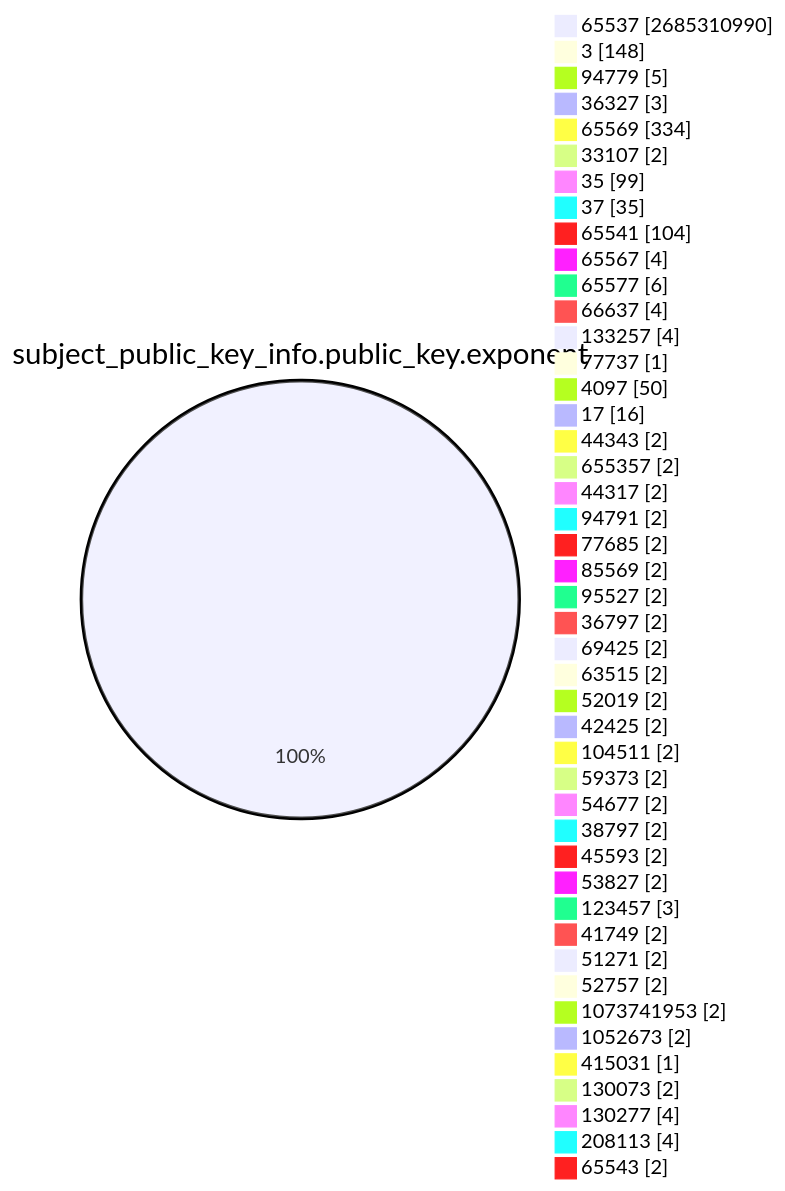
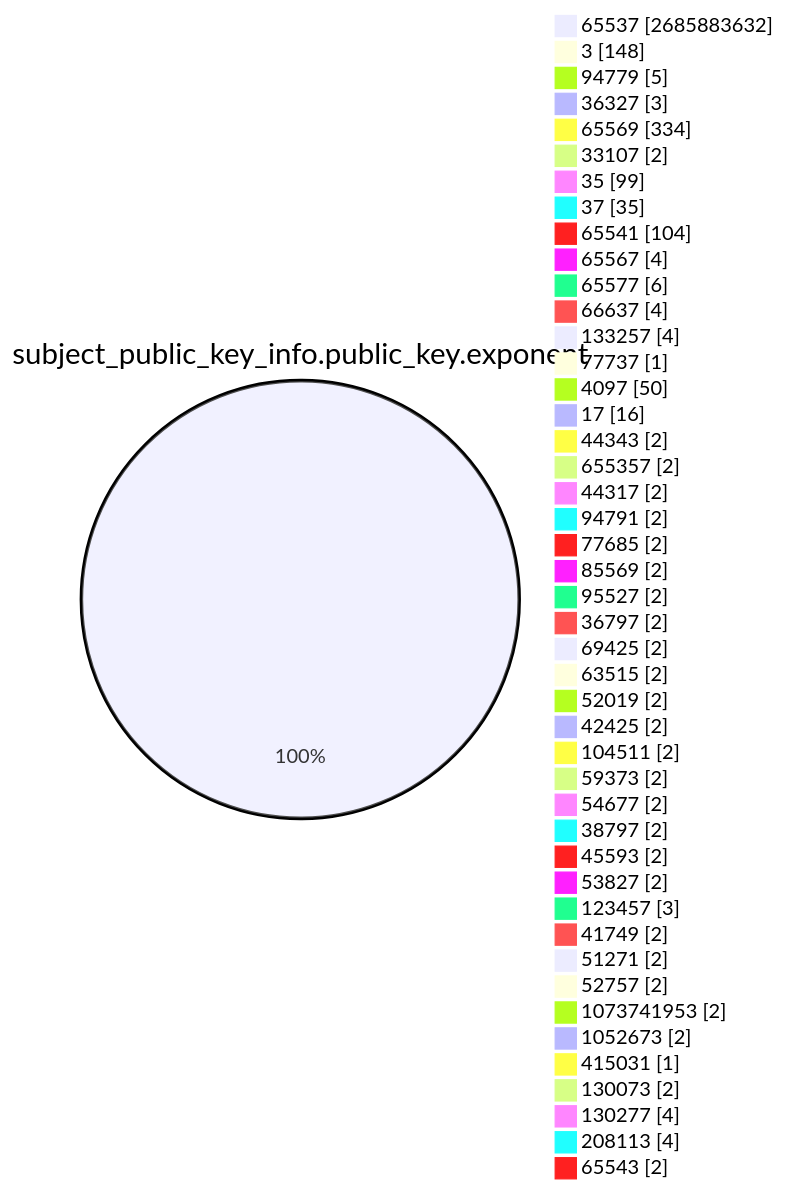
Before and after one commit to christiankrug/ctmonitor_visualization: the fourth of 15 diagrams in TOTAL/README.md, drawn with Mermaid. The commit also changed other lines of this file, not shown here.

````diff
--- a/TOTAL/README.md
+++ b/TOTAL/README.md
@@ -1467,49 +1467,49 @@
 ```mermaid
 pie showData
 title subject_public_key_info.public_key.exponent
-"65537" :2685310990
+"65537" :2685883632
 "3" :148
 "94779" :5
 "36327" :3
 "65569" :334
 "33107" :2
 "35" :99
 "37" :35
 "65541" :104
 "65567" :4
 "65577" :6
 "66637" :4
 "133257" :4
 "77737" :1
 "4097" :50
 "17" :16
 "44343" :2
 "655357" :2
 "44317" :2
 "94791" :2
 "77685" :2
 "85569" :2
 "95527" :2
 "36797" :2
 "69425" :2
 "63515" :2
 "52019" :2
 "42425" :2
 "104511" :2
 "59373" :2
 "54677" :2
 "38797" :2
 "45593" :2
 "53827" :2
 "123457" :3
 "41749" :2
 "51271" :2
 "52757" :2
 "1073741953" :2
 "1052673" :2
 "415031" :1
 "130073" :2
 "130277" :4
 "208113" :4
 "65543" :2
 ```
````
